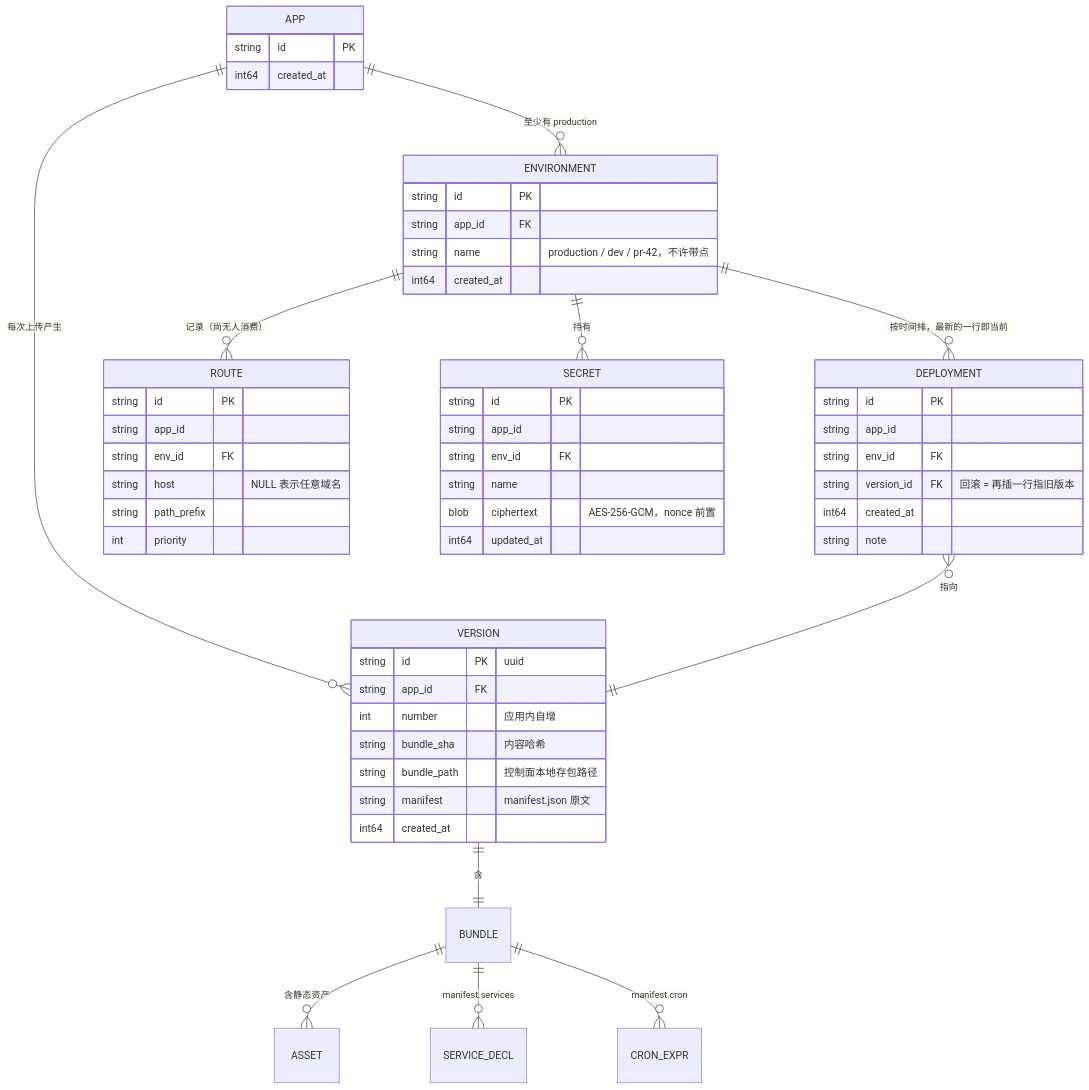
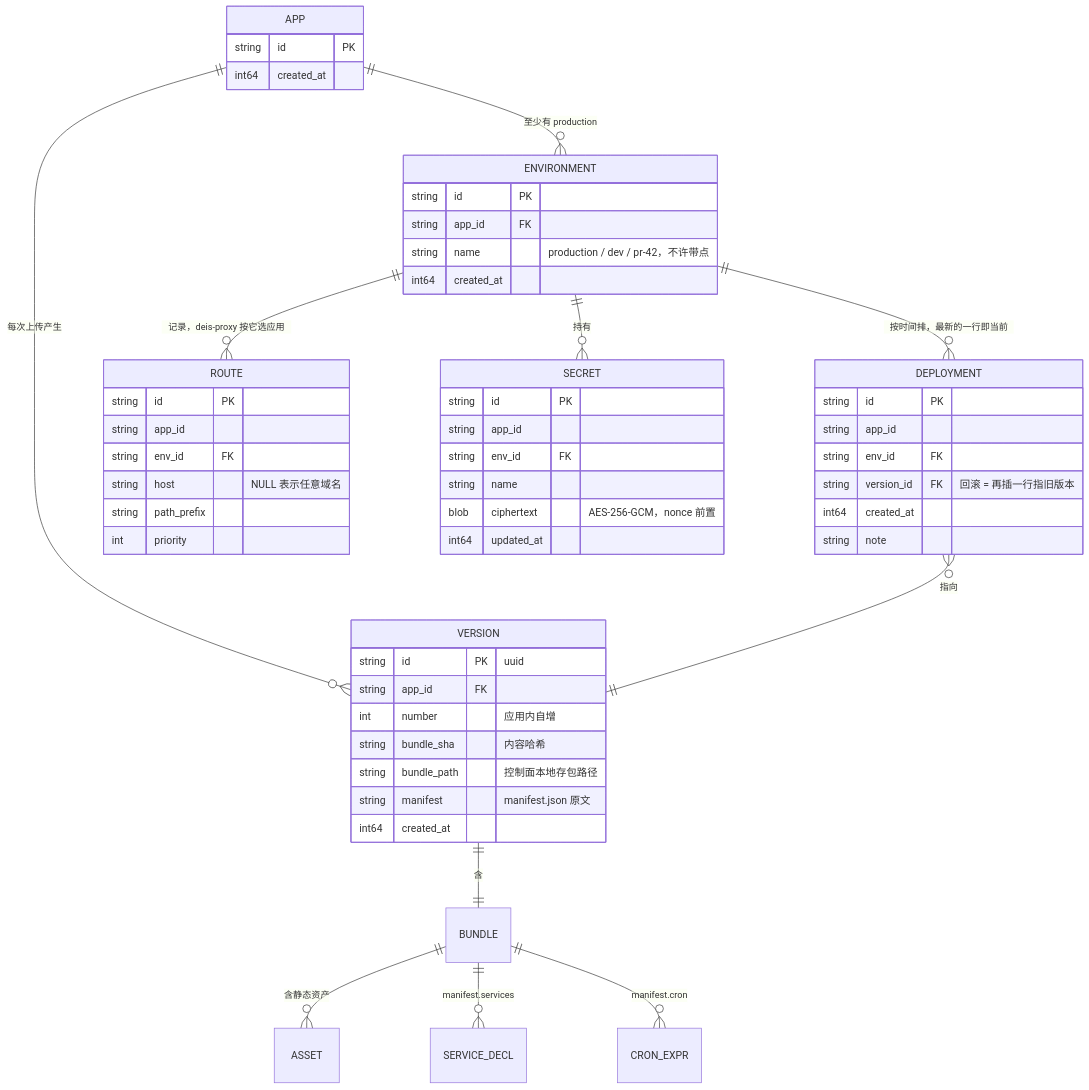
The second of 6 diagrams in docs/architecture.zh.md (deislet/deislet), drawn with Mermaid before and after one commit. The commit also changed other lines of this file and 55 other files, not shown here.

````diff
--- a/docs/architecture.zh.md
+++ b/docs/architecture.zh.md
@@ -139,57 +139,57 @@
 ```mermaid
 erDiagram
     APP ||--o{ ENVIRONMENT : "至少有 production"
     APP ||--o{ VERSION : "每次上传产生"
     ENVIRONMENT ||--o{ DEPLOYMENT : "按时间排，最新的一行即当前"
     DEPLOYMENT }o--|| VERSION : "指向"
-    ENVIRONMENT ||--o{ ROUTE : "记录（尚无人消费）"
+    ENVIRONMENT ||--o{ ROUTE : "记录，deis-proxy 按它选应用"
     ENVIRONMENT ||--o{ SECRET : "持有"
     VERSION ||--|| BUNDLE : "含"
     BUNDLE ||--o{ ASSET : "含静态资产"
     BUNDLE ||--o{ SERVICE_DECL : "manifest.services"
     BUNDLE ||--o{ CRON_EXPR : "manifest.cron"
 
     APP {
         string id PK
         int64 created_at
     }
     ENVIRONMENT {
         string id PK
         string app_id FK
         string name "production / dev / pr-42，不许带点"
         int64 created_at
     }
     VERSION {
         string id PK "uuid"
         string app_id FK
         int number "应用内自增"
         string bundle_sha "内容哈希"
         string bundle_path "控制面本地存包路径"
         string manifest "manifest.json 原文"
         int64 created_at
     }
     DEPLOYMENT {
         string id PK
         string app_id
         string env_id FK
         string version_id FK "回滚 = 再插一行指旧版本"
         int64 created_at
         string note
     }
     ROUTE {
         string id PK
         string app_id
         string env_id FK
         string host "NULL 表示任意域名"
         string path_prefix
         int priority
     }
     SECRET {
         string id PK
         string app_id
         string env_id FK
         string name
         blob ciphertext "AES-256-GCM，nonce 前置"
         int64 updated_at
     }
 ```
````
